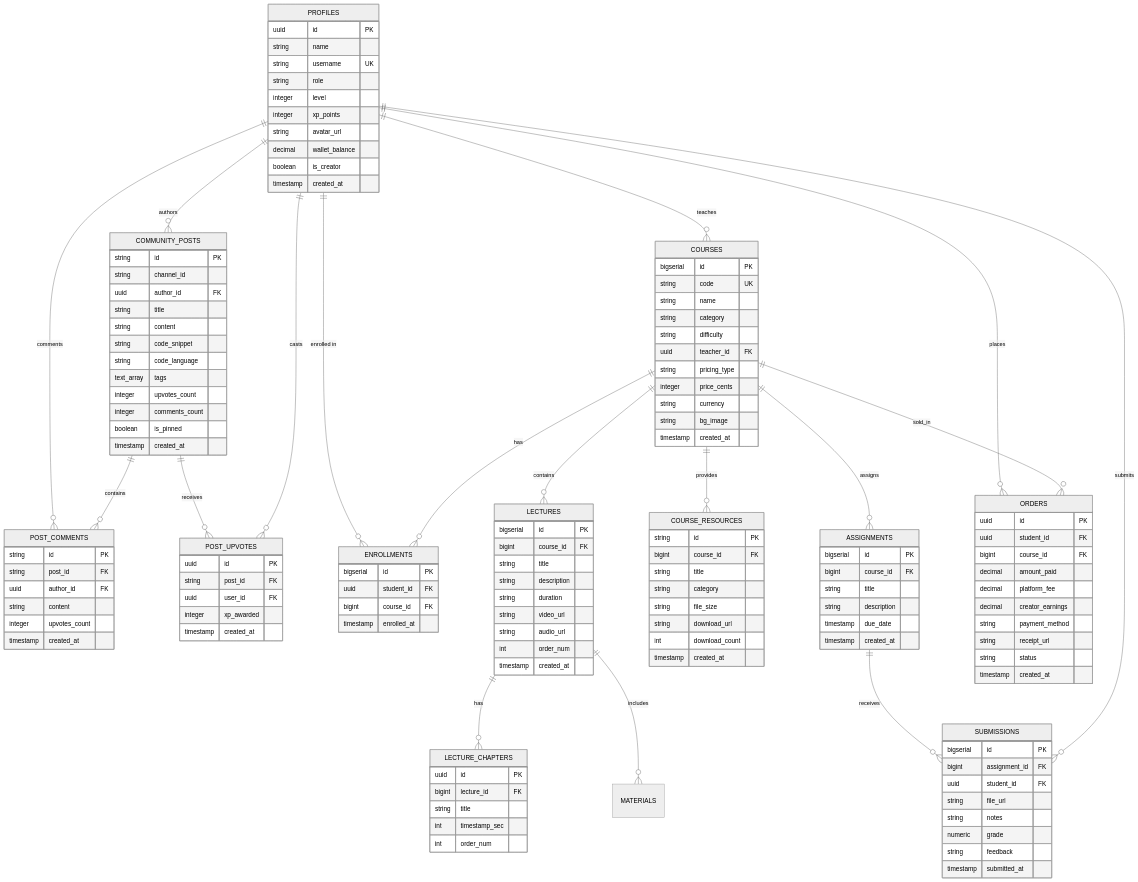
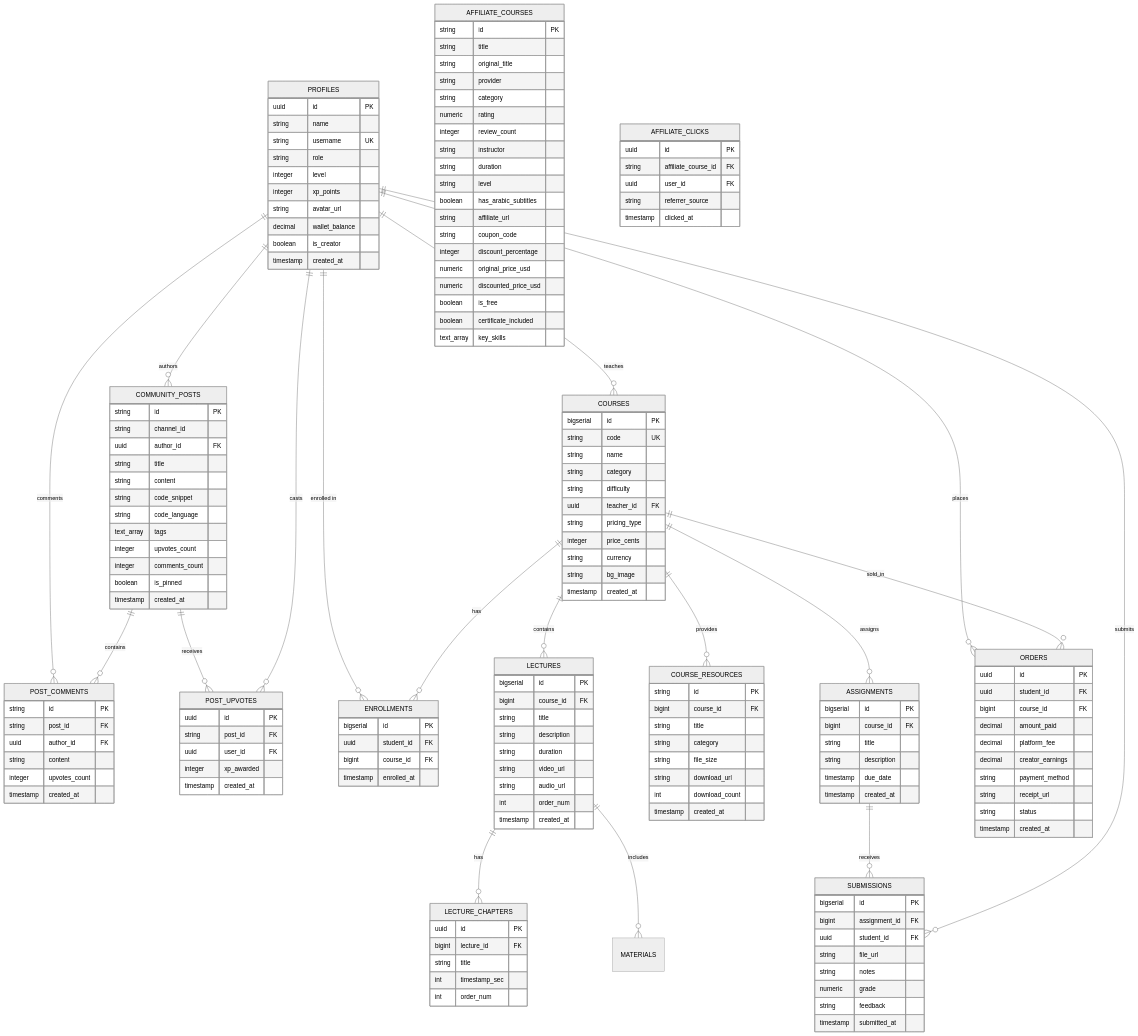
The diagram in erd.md (ta3allam/ta3), drawn with Mermaid (neutral theme) before and after one commit. The commit also changed 3 other files, not shown here.

Commit message:
docs(all): synchronize architecture, ERD, components, and README for Day 3 marketplace and affiliate release

````diff
--- a/erd.md
+++ b/erd.md
@@ -150,4 +150,34 @@
         int download_count
         timestamp created_at
     }
+
+    AFFILIATE_COURSES {
+        string id PK
+        string title
+        string original_title
+        string provider
+        string category
+        numeric rating
+        integer review_count
+        string instructor
+        string duration
+        string level
+        boolean has_arabic_subtitles
+        string affiliate_url
+        string coupon_code
+        integer discount_percentage
+        numeric original_price_usd
+        numeric discounted_price_usd
+        boolean is_free
+        boolean certificate_included
+        text_array key_skills
+    }
+
+    AFFILIATE_CLICKS {
+        uuid id PK
+        string affiliate_course_id FK
+        uuid user_id FK
+        string referrer_source
+        timestamp clicked_at
+    }
 ```
````
